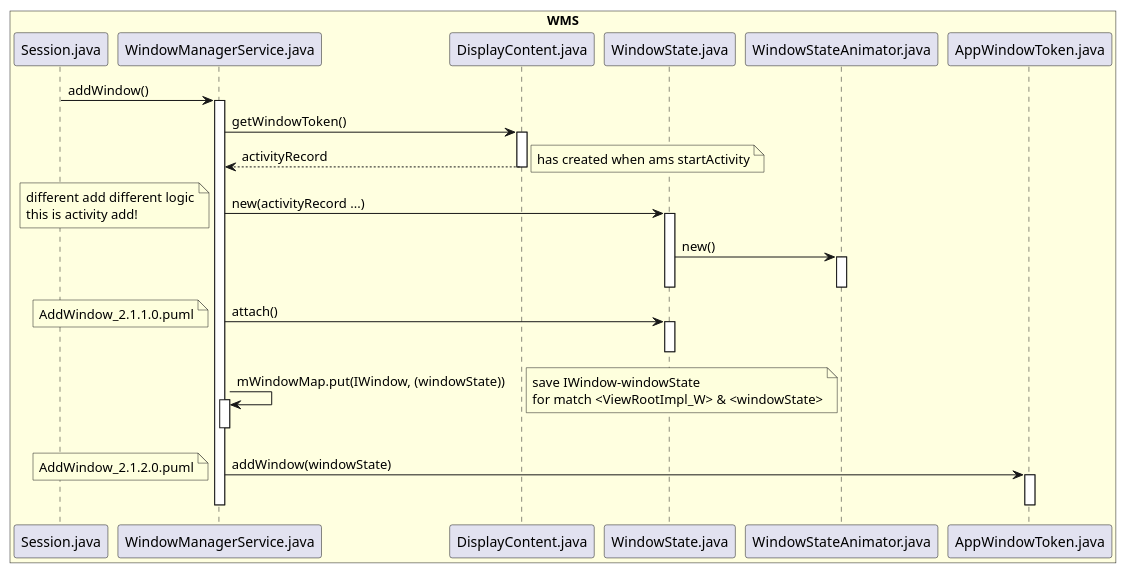
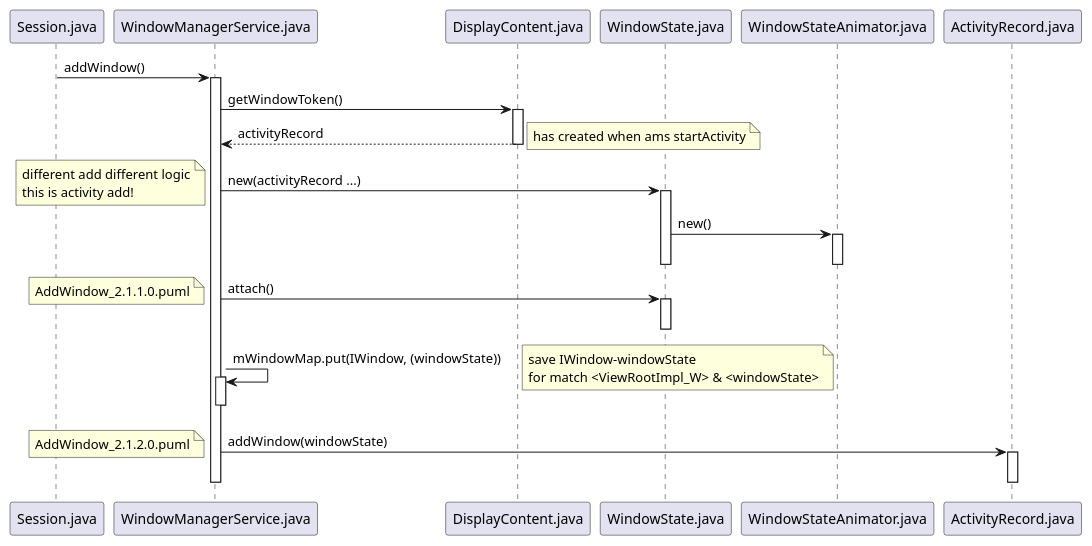
One commit to javalive09/UML changed the diagram in android11/addwindow/AddWindow_2.1.0.0.puml. Above: the diagram before and after it, drawn with PlantUML. The commit also changed 17 other files, not shown here.

Commit message:
update android11 uml

```diff
--- a/android11/addwindow/AddWindow_2.1.0.0.puml
+++ b/android11/addwindow/AddWindow_2.1.0.0.puml
@@ -1,56 +1,49 @@
 @startuml
 
-box "WMS" #LightYellow
-participant Session.java
-participant WindowManagerService.java
-participant DisplayContent.java
-participant WindowState.java
-participant WindowStateAnimator.java
-participant AppWindowToken.java
-end box
+
 
 Session.java -> WindowManagerService.java: addWindow()
 activate WindowManagerService.java
 
 
 WindowManagerService.java -> DisplayContent.java: getWindowToken()
 activate DisplayContent.java
 DisplayContent.java --> WindowManagerService.java: activityRecord
 deactivate DisplayContent.java
 note right: has created when ams startActivity
 WindowManagerService.java -> WindowState.java: new(activityRecord ...)
 activate WindowState.java
 note left
 different add different logic
 this is activity add!
 end note
 WindowState.java -> WindowStateAnimator.java: new()
 activate WindowStateAnimator.java
 deactivate WindowStateAnimator.java
 
 
 deactivate WindowState.java
 
 WindowManagerService.java -> WindowState.java: attach()
 activate WindowState.java
 deactivate WindowState.java
 note left:AddWindow_2.1.1.0.puml
 
 WindowManagerService.java -> WindowManagerService.java: mWindowMap.put(IWindow, (windowState))
 activate WindowManagerService.java
 deactivate WindowManagerService.java
 note right
 save IWindow-windowState
 for match <ViewRootImpl_W> & <windowState>
 end note
 
 
-WindowManagerService.java -> AppWindowToken.java: addWindow(windowState)
-activate AppWindowToken.java
-deactivate AppWindowToken.java
+WindowManagerService.java -> ActivityRecord.java: addWindow(windowState)
+activate ActivityRecord.java
+deactivate ActivityRecord.java
 deactivate WindowManagerService.java
 note left:AddWindow_2.1.2.0.puml
 
 
 
 @enduml
```
